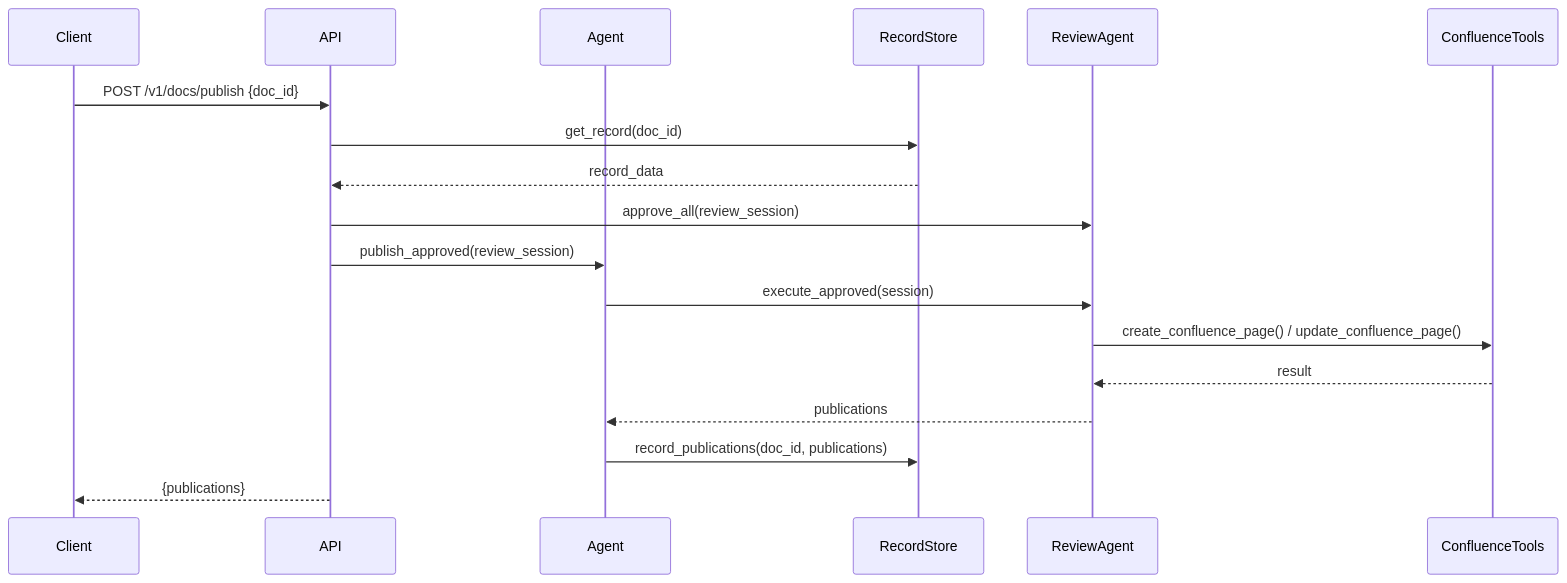
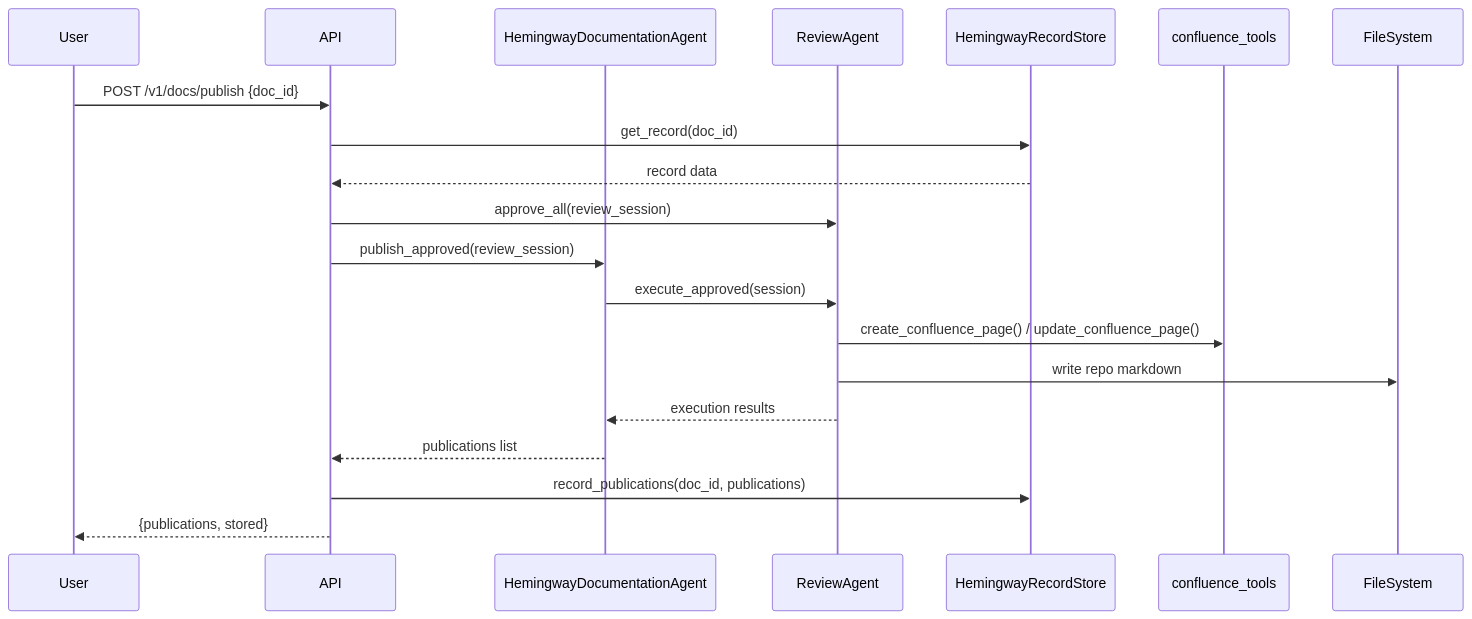
The third of 4 diagrams in docs/agents-hemingway.md (jmac-cornelis/agent-workforce), drawn with Mermaid before and after one commit. The commit also changed other lines of this file and 7 other files, not shown here.

````diff
--- a/docs/agents-hemingway.md
+++ b/docs/agents-hemingway.md
@@ -77,21 +77,22 @@
 ```mermaid
 sequenceDiagram
-    participant Client
+    participant User
     participant API
-    participant Agent
-    participant RecordStore
-    participant ReviewAgent
-    participant ConfluenceTools
+    participant Agent as HemingwayDocumentationAgent
+    participant Review as ReviewAgent
+    participant Store as HemingwayRecordStore
+    participant Confluence as confluence_tools
     
-    Client->>API: POST /v1/docs/publish {doc_id}
-    API->>RecordStore: get_record(doc_id)
-    RecordStore-->>API: record_data
-    API->>ReviewAgent: approve_all(review_session)
+    User->>API: POST /v1/docs/publish {doc_id}
+    API->>Store: get_record(doc_id)
+    Store-->>API: record data
+    API->>Review: approve_all(review_session)
     API->>Agent: publish_approved(review_session)
-    Agent->>ReviewAgent: execute_approved(session)
-    ReviewAgent->>ConfluenceTools: create_confluence_page() / update_confluence_page()
-    ConfluenceTools-->>ReviewAgent: result
-    ReviewAgent-->>Agent: publications
-    Agent->>RecordStore: record_publications(doc_id, publications)
-    API-->>Client: {publications}
+    Agent->>Review: execute_approved(session)
+    Review->>Confluence: create_confluence_page() / update_confluence_page()
+    Review->>FileSystem: write repo markdown
+    Review-->>Agent: execution results
+    Agent-->>API: publications list
+    API->>Store: record_publications(doc_id, publications)
+    API-->>User: {publications, stored}
 ```
````
